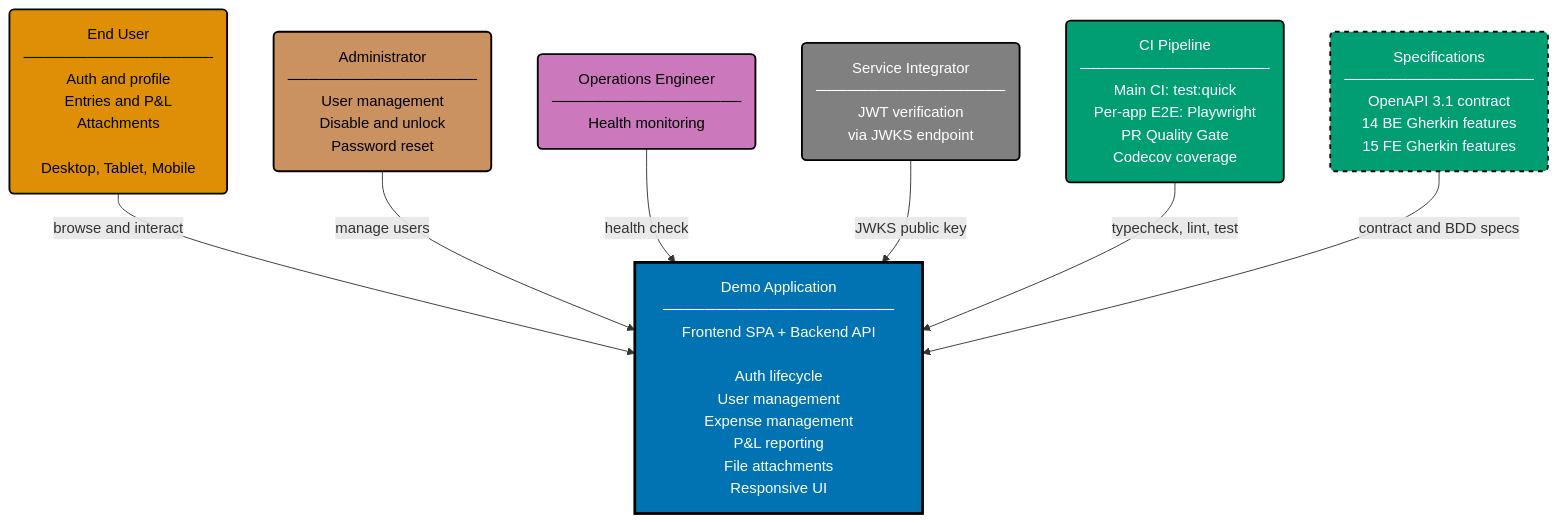
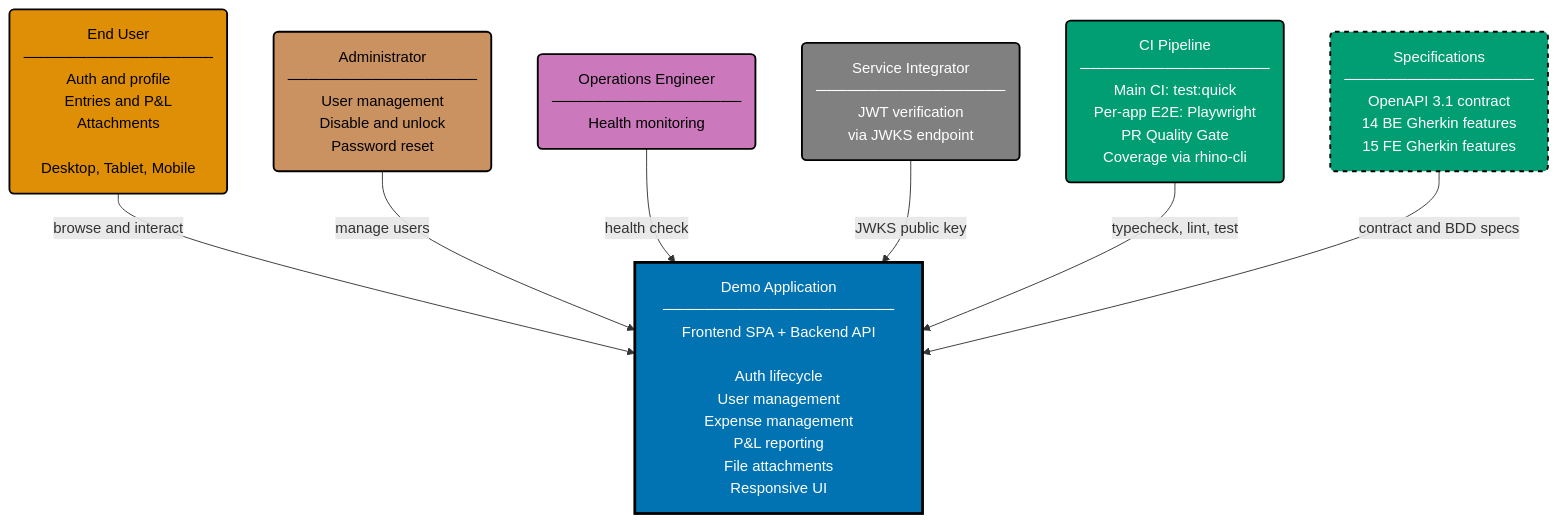
One commit to wahidyankf/ose-primer changed the diagram in specs/apps/demo/c4/context.md. Above: the diagram before and after it, drawn with Mermaid. The commit also changed 29 other files, not shown here.

````diff
--- a/specs/apps/demo/c4/context.md
+++ b/specs/apps/demo/c4/context.md
@@ -10,32 +10,32 @@
 ```mermaid
 %% Color Palette: Blue #0173B2 | Orange #DE8F05 | Teal #029E73 | Purple #CC78BC | Brown #CA9161 | Gray #808080
 graph TD
     EU("End User<br/>──────────────────<br/>Auth and profile<br/>Entries and P&L<br/>Attachments<br/><br/>Desktop, Tablet, Mobile"):::actor
 
     ADM("Administrator<br/>──────────────────<br/>User management<br/>Disable and unlock<br/>Password reset"):::actor_admin
 
     OPS("Operations Engineer<br/>──────────────────<br/>Health monitoring"):::actor_ops
 
     SI("Service Integrator<br/>──────────────────<br/>JWT verification<br/>via JWKS endpoint"):::actor_si
 
     SYSTEM["Demo Application<br/>──────────────────────<br/>Frontend SPA + Backend API<br/><br/>Auth lifecycle<br/>User management<br/>Expense management<br/>P&L reporting<br/>File attachments<br/>Responsive UI"]:::system
 
-    CI("CI Pipeline<br/>──────────────────<br/>Main CI: test:quick<br/>Per-app E2E: Playwright<br/>PR Quality Gate<br/>Codecov coverage"):::ci
+    CI("CI Pipeline<br/>──────────────────<br/>Main CI: test:quick<br/>Per-app E2E: Playwright<br/>PR Quality Gate<br/>Coverage via rhino-cli"):::ci
 
     SPEC("Specifications<br/>──────────────────<br/>OpenAPI 3.1 contract<br/>14 BE Gherkin features<br/>15 FE Gherkin features"):::spec
 
     EU -->|"browse and interact"| SYSTEM
     ADM -->|"manage users"| SYSTEM
     OPS -->|"health check"| SYSTEM
     SI -->|"JWKS public key"| SYSTEM
     CI -->|"typecheck, lint, test"| SYSTEM
     SPEC -->|"contract and BDD specs"| SYSTEM
 
     classDef actor fill:#DE8F05,stroke:#000000,color:#000000,stroke-width:2px
     classDef actor_admin fill:#CA9161,stroke:#000000,color:#000000,stroke-width:2px
     classDef actor_ops fill:#CC78BC,stroke:#000000,color:#000000,stroke-width:2px
     classDef actor_si fill:#808080,stroke:#000000,color:#FFFFFF,stroke-width:2px
     classDef system fill:#0173B2,stroke:#000000,color:#FFFFFF,stroke-width:3px
     classDef ci fill:#029E73,stroke:#000000,color:#FFFFFF,stroke-width:2px
     classDef spec fill:#029E73,stroke:#000000,color:#FFFFFF,stroke-width:2px,stroke-dasharray:5 5
 ```
````
